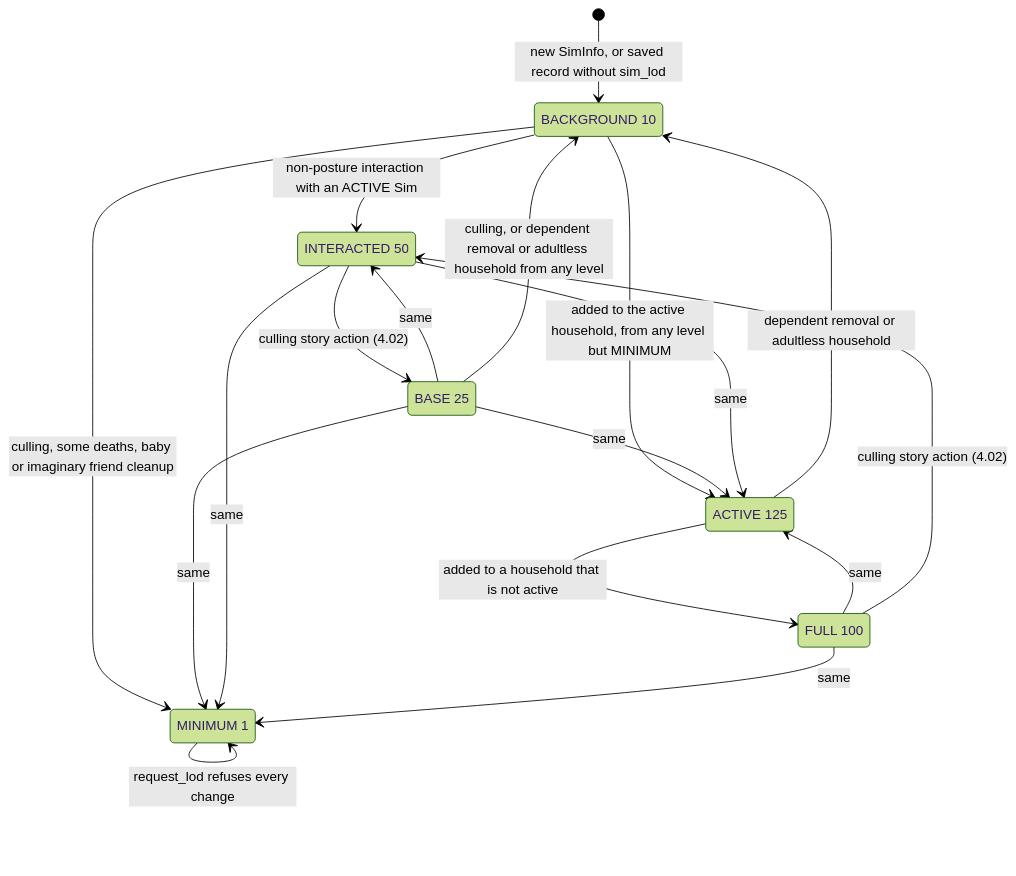
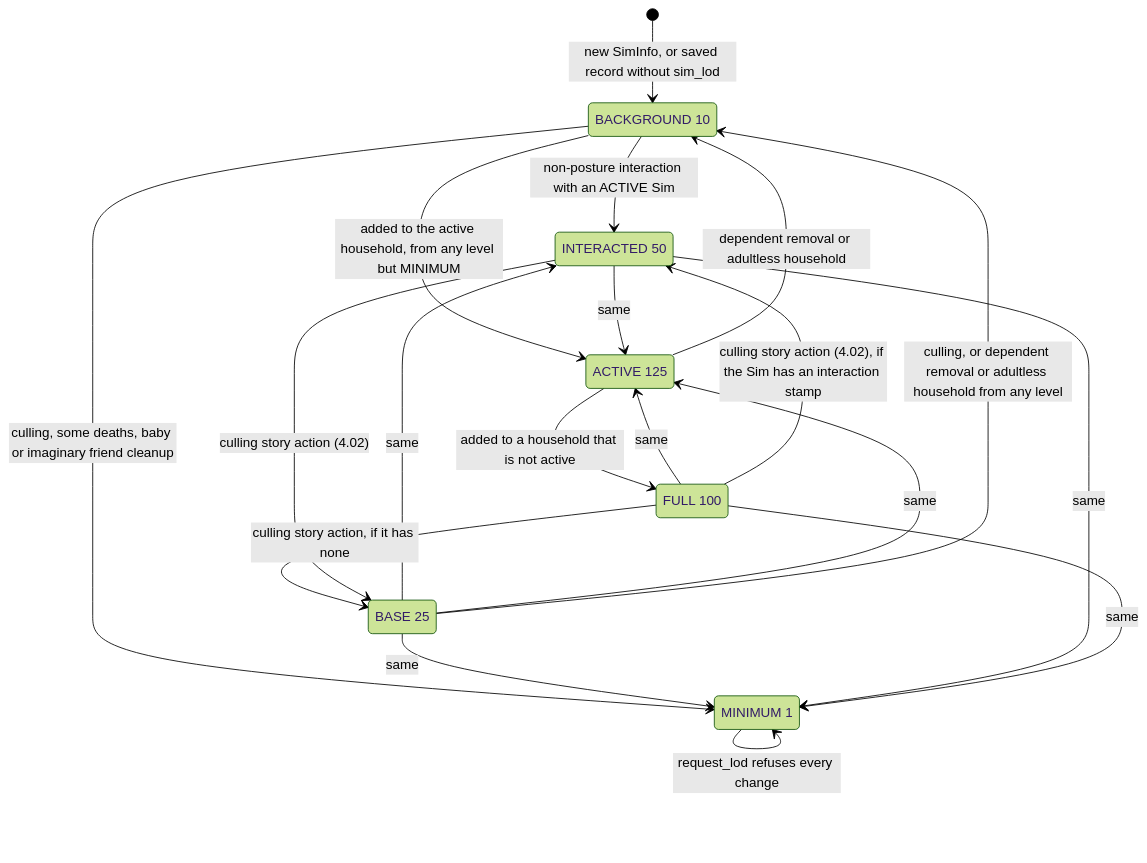
One commit to sudo-ezekiel/how-the-sims-4-works changed the first of 3 diagrams in src/1.03-performance-lod.md. Above: the diagram before and after it, drawn with Mermaid (forest theme). The commit also changed other lines of this file and 60 other files, not shown here.

````diff
--- a/src/1.03-performance-lod.md
+++ b/src/1.03-performance-lod.md
@@ -58,26 +58,27 @@
 ```mermaid
 stateDiagram-v2
     state "MINIMUM 1" as MIN
     state "BACKGROUND 10" as BG
     state "BASE 25" as BASE
     state "INTERACTED 50" as INT
     state "FULL 100" as FULL
     state "ACTIVE 125" as ACT
     [*] --> BG: new SimInfo, or saved record without sim_lod
     BG --> INT: non-posture interaction with an ACTIVE Sim
     BASE --> INT: same
     BG --> ACT: added to the active household, from any level but MINIMUM
     BASE --> ACT: same
     INT --> ACT: same
     FULL --> ACT: same
     ACT --> FULL: added to a household that is not active
-    FULL --> INT: culling story action (4.02)
+    FULL --> INT: culling story action (4.02), if the Sim has an interaction stamp
+    FULL --> BASE: culling story action, if it has none
     INT --> BASE: culling story action (4.02)
     BASE --> BG: culling, or dependent removal or adultless household from any level
     ACT --> BG: dependent removal or adultless household
     BG --> MIN: culling, some deaths, baby or imaginary friend cleanup
     BASE --> MIN: same
     INT --> MIN: same
     FULL --> MIN: same
     MIN --> MIN: request_lod refuses every change
 ```
````
